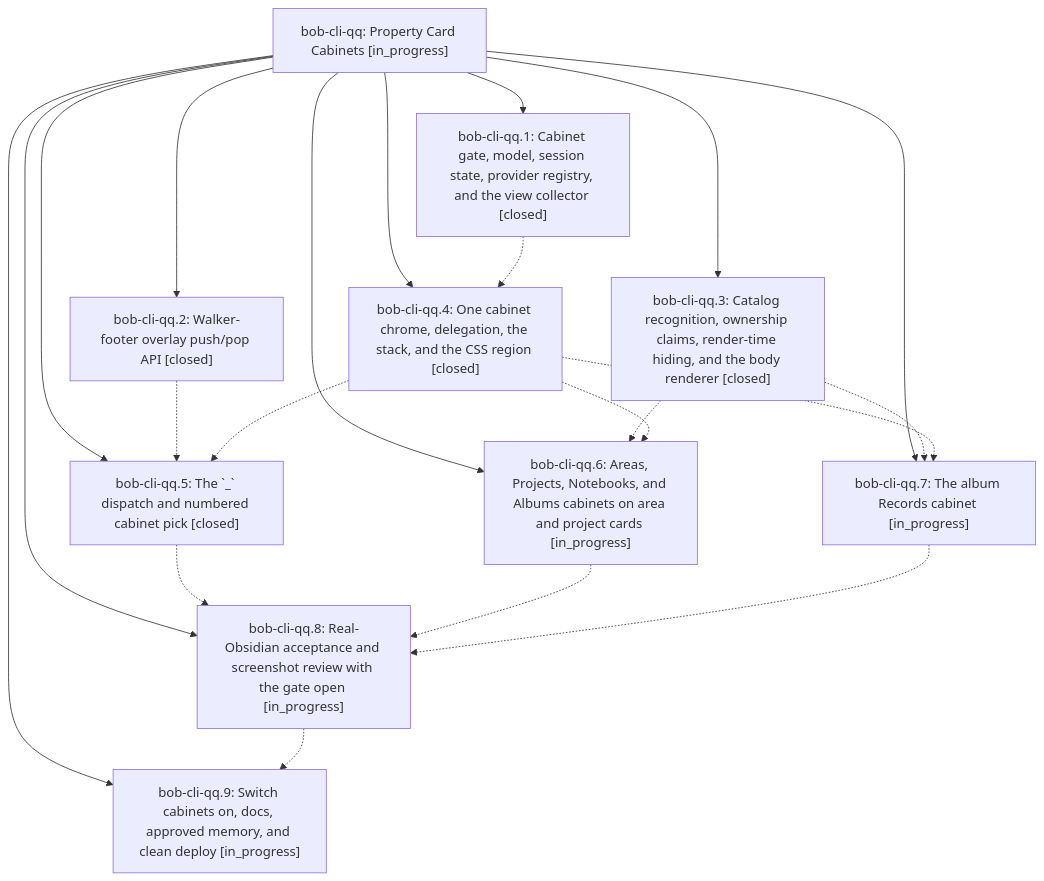
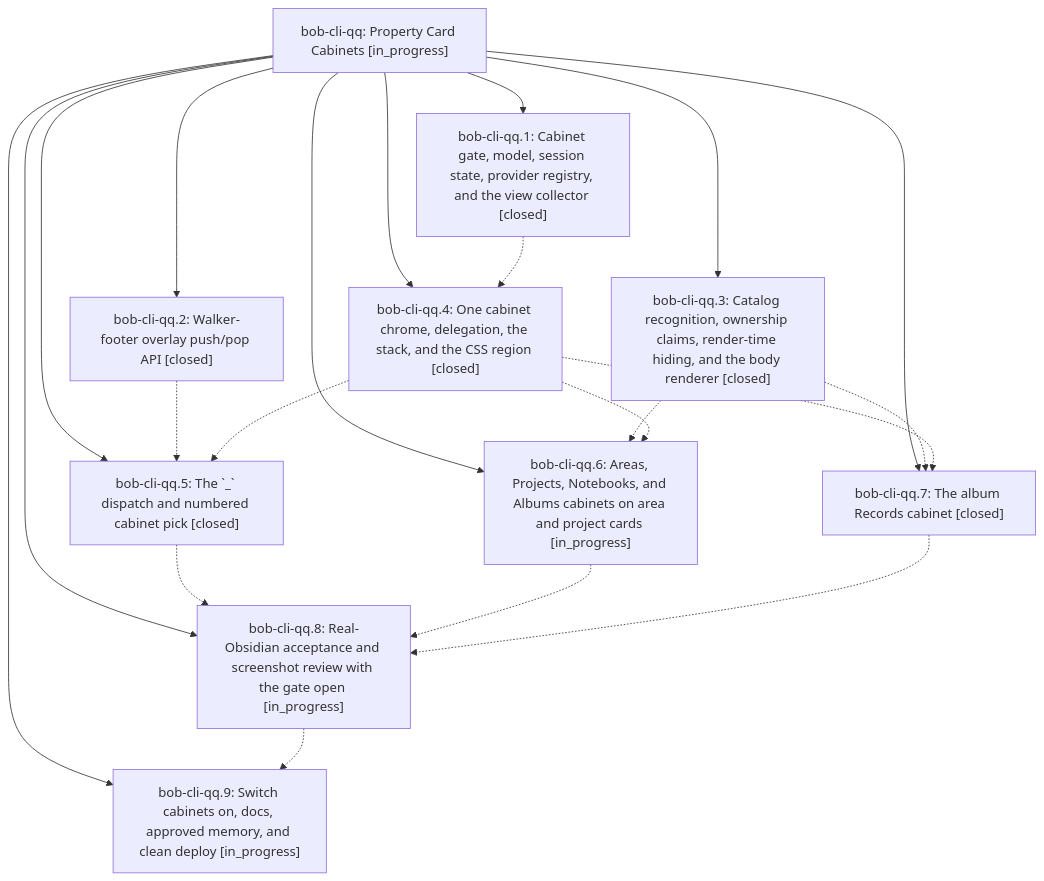
Before and after one commit to bobs-org/bob-cli--beads: the diagram in pages/bob-cli-qq/README.md, drawn with Mermaid. The commit also changed other lines of this file and 5 other files, not shown here.

First line of the commit message:
chore(beads): sync bead state and pages for bob-cli-qq

````diff
--- a/pages/bob-cli-qq/README.md
+++ b/pages/bob-cli-qq/README.md
@@ -42,33 +44,33 @@
 ```mermaid
 flowchart TD
     n0["bob-cli-qq: Property Card Cabinets [in_progress]"]
     n1["bob-cli-qq.1: Cabinet gate, model, session state, provider registry, and the view collector [closed]"]
     n2["bob-cli-qq.2: Walker-footer overlay push/pop API [closed]"]
     n3["bob-cli-qq.3: Catalog recognition, ownership claims, render-time hiding, and the body renderer [closed]"]
     n4["bob-cli-qq.4: One cabinet chrome, delegation, the stack, and the CSS region [closed]"]
     n5["bob-cli-qq.5: The `_` dispatch and numbered cabinet pick [closed]"]
     n6["bob-cli-qq.6: Areas, Projects, Notebooks, and Albums cabinets on area and project cards [in_progress]"]
-    n7["bob-cli-qq.7: The album Records cabinet [in_progress]"]
+    n7["bob-cli-qq.7: The album Records cabinet [closed]"]
     n8["bob-cli-qq.8: Real-Obsidian acceptance and screenshot review with the gate open [in_progress]"]
     n9["bob-cli-qq.9: Switch cabinets on, docs, approved memory, and clean deploy [in_progress]"]
     n0 --> n1
     n0 --> n2
     n0 --> n3
     n0 --> n4
     n0 --> n5
     n0 --> n6
     n0 --> n7
     n0 --> n8
     n0 --> n9
     n1 -.-> n4
     n2 -.-> n5
     n3 -.-> n6
     n3 -.-> n7
     n4 -.-> n5
     n4 -.-> n6
     n4 -.-> n7
     n5 -.-> n8
     n6 -.-> n8
     n7 -.-> n8
     n8 -.-> n9
 ```
````
